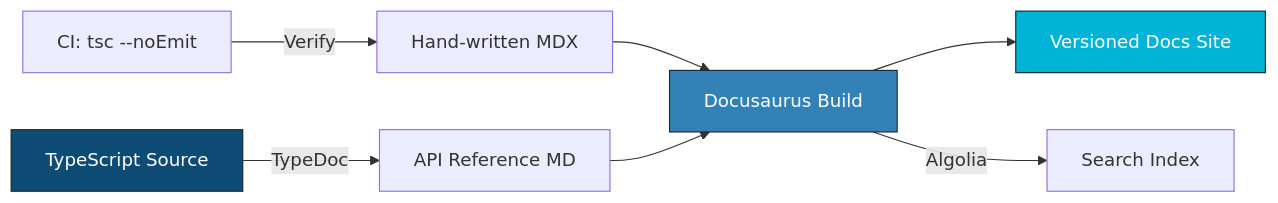
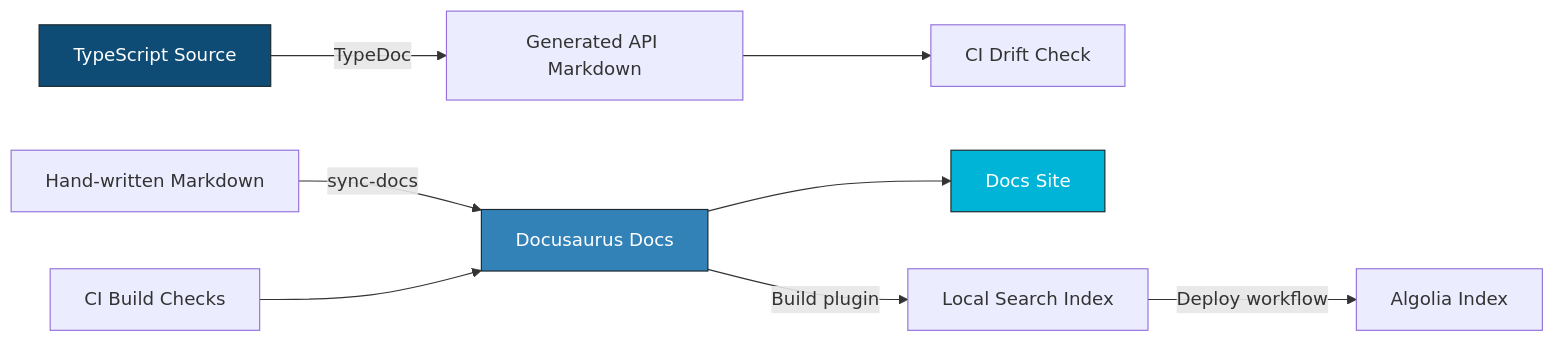
One commit to juspay/neurolink-blog changed the first of 2 diagrams in _posts/2026-02-14-neurolink-docusaurus.md. Above: the diagram before and after it, drawn with Mermaid. The commit also changed other lines of this file and 172 other files, not shown here.

````diff
--- a/_posts/2026-02-14-neurolink-docusaurus.md
+++ b/_posts/2026-02-14-neurolink-docusaurus.md
@@ -35,12 +35,13 @@
 ```mermaid
 flowchart LR
-    A["TypeScript Source"] -->|"TypeDoc"| B["API Reference MD"]
-    C["Hand-written MDX"] --> D["Docusaurus Build"]
-    B --> D
-    D --> E["Versioned Docs Site"]
-    D -->|"Algolia"| F["Search Index"]
-    G["CI: tsc --noEmit"] -->|"Verify"| C
+    A["TypeScript Source"] -->|"TypeDoc"| B["Generated API Markdown"]
+    B --> H["CI Drift Check"]
+    C["Hand-written Markdown"] -->|"sync-docs"| D["Docusaurus Docs"]
+    D --> E["Docs Site"]
+    D -->|"Build plugin"| F["Local Search Index"]
+    F -->|"Deploy workflow"| G["Algolia Index"]
+    I["CI Build Checks"] --> D
     style A fill:#0f4c75,stroke:#1b262c,color:#fff
     style D fill:#3282b8,stroke:#1b262c,color:#fff
     style E fill:#00b4d8,stroke:#1b262c,color:#fff
 ```
````
